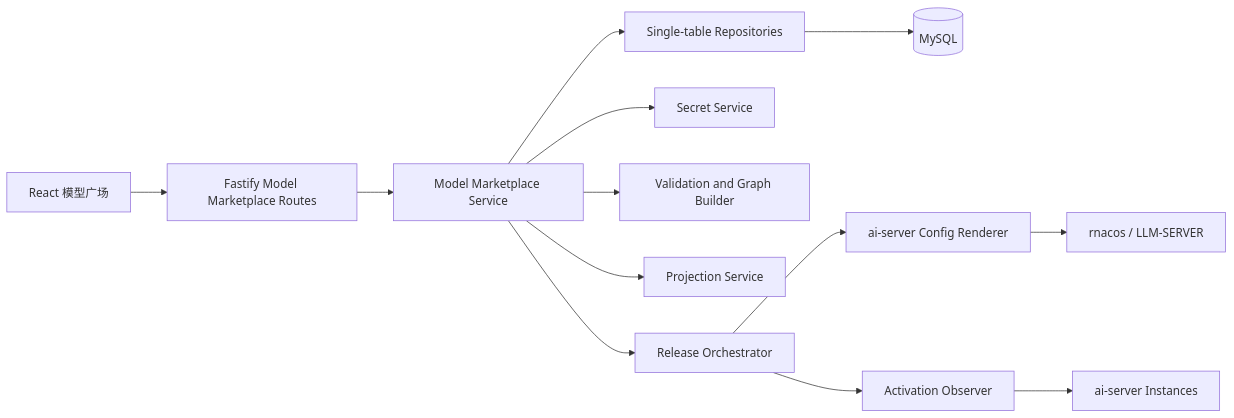
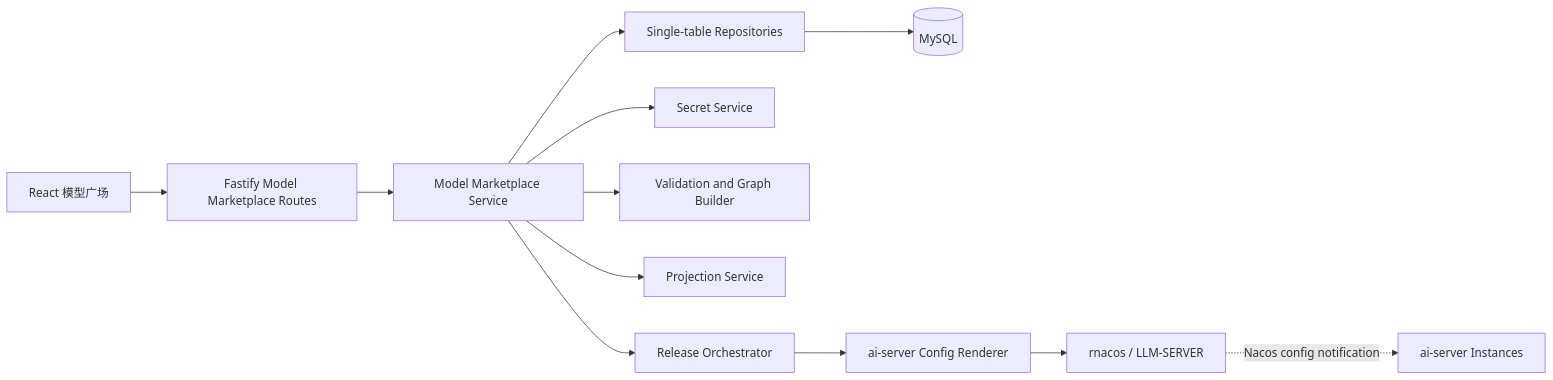
The first of 6 diagrams in docs/model-marketplace-design.md (fiber-net-gateway/ai-gateway), drawn with Mermaid before and after one commit. The commit also changed other lines of this file and 15 other files, not shown here.

````diff
--- a/docs/model-marketplace-design.md
+++ b/docs/model-marketplace-design.md
@@ -65,15 +65,14 @@
 ```mermaid
 flowchart LR
     UI[React 模型广场] --> API[Fastify Model Marketplace Routes]
     API --> SVC[Model Marketplace Service]
     SVC --> REPO[Single-table Repositories]
     REPO --> DB[(MySQL)]
     SVC --> SEC[Secret Service]
     SVC --> VAL[Validation and Graph Builder]
     SVC --> PROJ[Projection Service]
     SVC --> PUB[Release Orchestrator]
     PUB --> RENDER[ai-server Config Renderer]
     RENDER --> RN[rnacos / LLM-SERVER]
-    PUB --> ACT[Activation Observer]
-    ACT --> AIS[ai-server Instances]
+    RN -. Nacos config notification .-> AIS[ai-server Instances]
 ```
````
